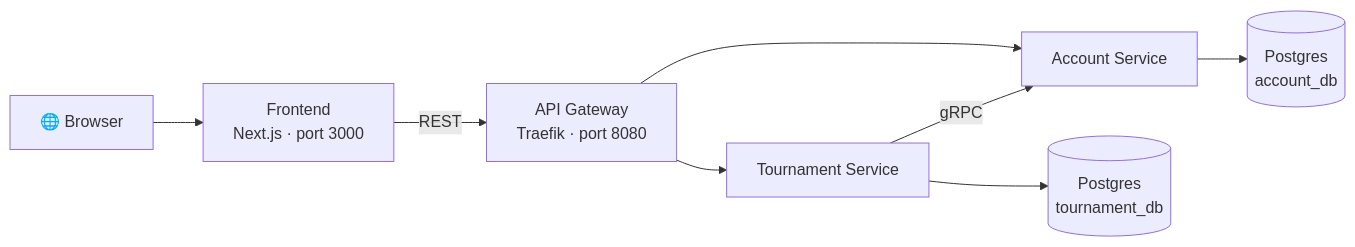
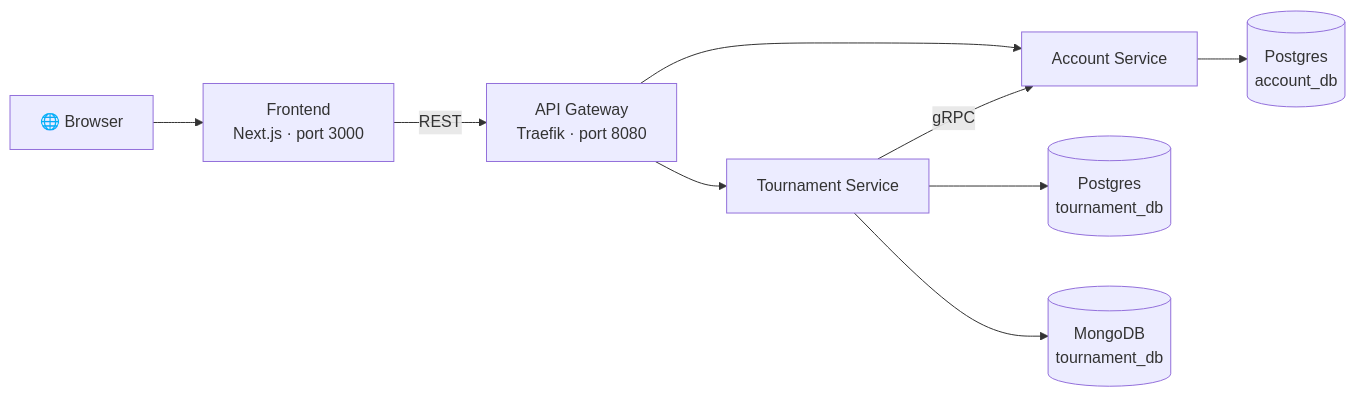
The diagram in README.md (moomaideng/eventory), drawn with Mermaid before and after one commit. The commit also changed other lines of this file and 18 other files, not shown here.

````diff
--- a/README.md
+++ b/README.md
@@ -11,10 +11,11 @@
 ```mermaid
 flowchart LR
     Browser["🌐 Browser"] --> FE["Frontend<br/>Next.js · port 3000"]
     FE -->|REST| GW["API Gateway<br/>Traefik · port 8080"]
     GW --> ACC["Account Service"]
     GW --> TOUR["Tournament Service"]
     ACC --> PG[("Postgres<br/>account_db")]
     TOUR --> PG2[("Postgres<br/>tournament_db")]
+    TOUR --> MONGO[("MongoDB<br/>tournament_db")]
     TOUR -->|gRPC| ACC
 ```
````
